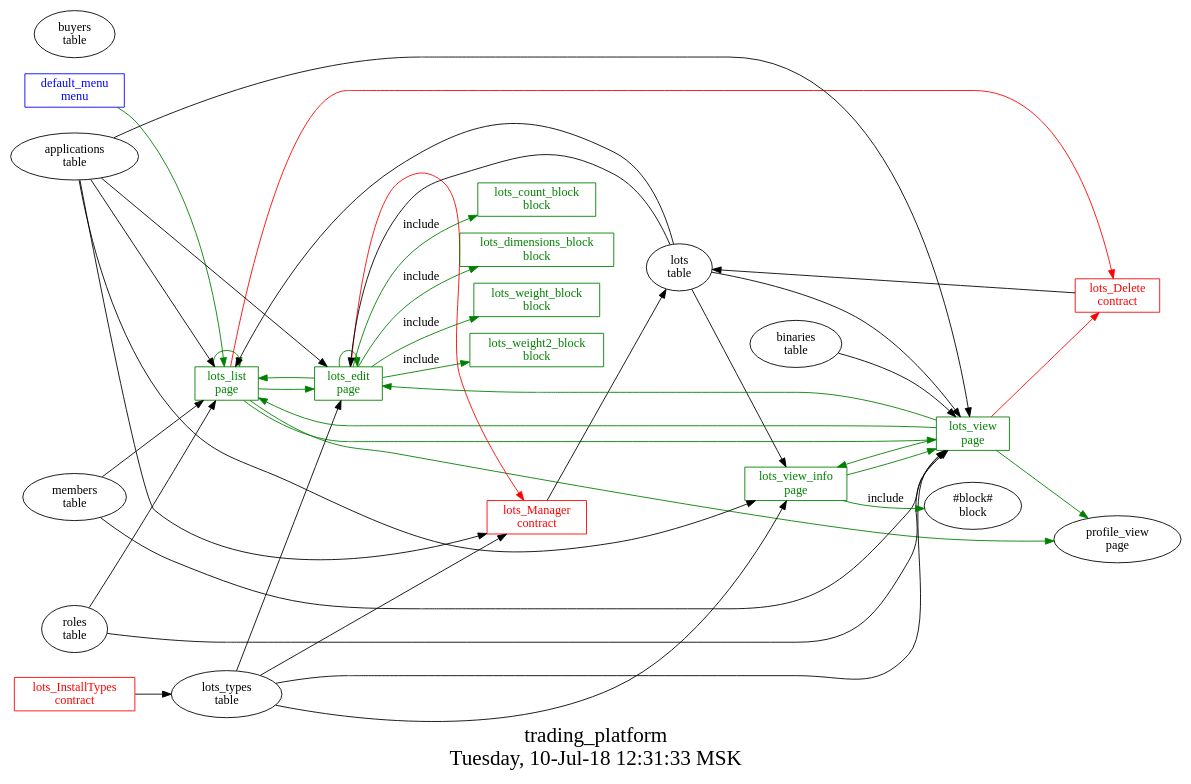
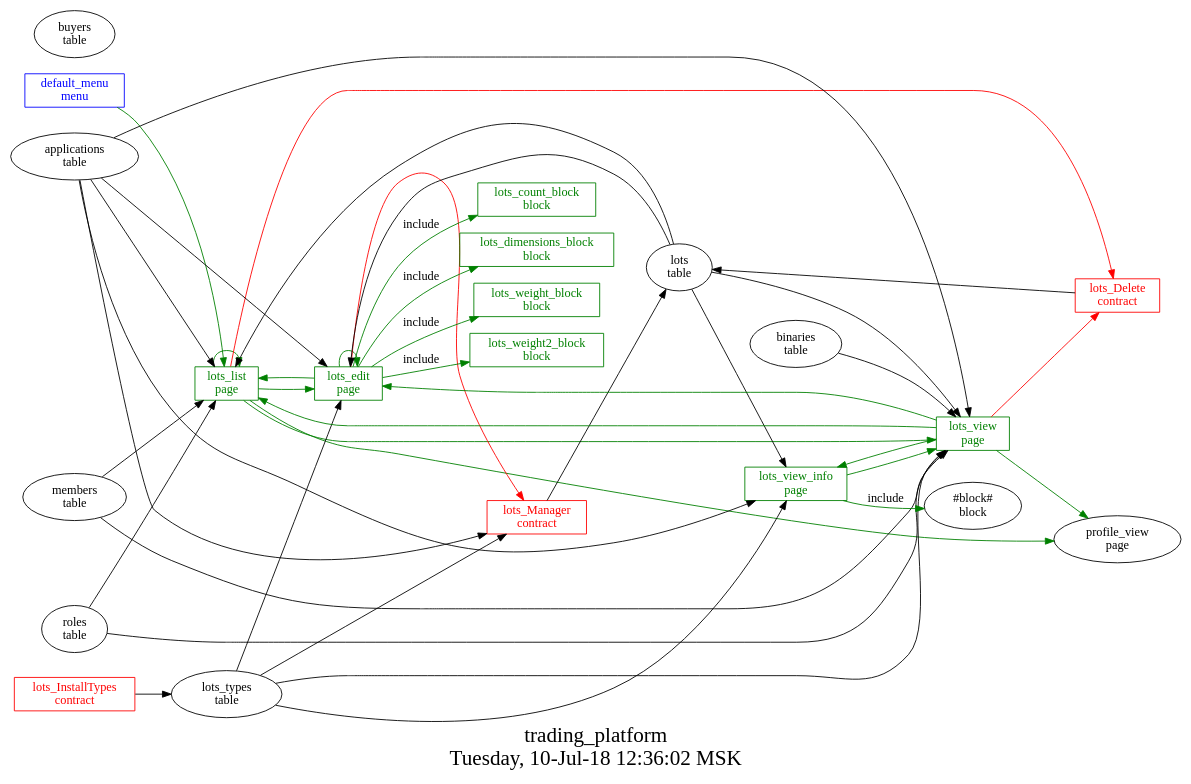
The diagram in src/trading_platform/struct.dot (AplaProject/apps), drawn with Graphviz before and after one commit. The commit also changed 3 other files, not shown here.

```diff
--- a/src/trading_platform/struct.dot
+++ b/src/trading_platform/struct.dot
@@ -1,66 +1,66 @@
 digraph G {
 graph [
   fontsize="24";
-  label="trading_platform\nTuesday, 10-Jul-18 12:31:33 MSK";
+  label="trading_platform\nTuesday, 10-Jul-18 12:36:02 MSK";
   nojustify=true;
   ordering=out;
   rankdir=LR;
   size="30";
 ];
 "default_menu\nmenu" -> "lots_list\npage"  [ color=green ]
 "default_menu\nmenu" [color=blue, fontcolor=blue, group=menus, shape=record];
 "lots_edit\npage" -> "lots_Manager\ncontract"  [ color=red ]
 "applications\ntable" -> "lots_edit\npage"
 "lots\ntable" -> "lots_edit\npage"
 "lots_types\ntable" -> "lots_edit\npage"
 "lots_edit\npage" -> "lots_list\npage"  [ color=green ]
 "lots_edit\npage" -> "lots_edit\npage"  [ color=green ]
 "lots_edit\npage" -> "lots_count_block\nblock"  [ color=green, label=include ]
 "lots_edit\npage" -> "lots_dimensions_block\nblock"  [ color=green, label=include ]
 "lots_edit\npage" -> "lots_weight_block\nblock"  [ color=green, label=include ]
 "lots_edit\npage" -> "lots_weight2_block\nblock"  [ color=green, label=include ]
 "lots_edit\npage" [color=green, fontcolor=green, group=pages, shape=record];
 "lots_list\npage" -> "lots_Delete\ncontract"  [ color=red ]
 "applications\ntable" -> "lots_list\npage"
 "roles\ntable" -> "lots_list\npage"
 "lots\ntable" -> "lots_list\npage"
 "members\ntable" -> "lots_list\npage"
 "lots_list\npage" -> "lots_edit\npage"  [ color=green ]
 "lots_list\npage" -> "lots_list\npage"  [ color=green ]
 "lots_list\npage" -> "lots_view\npage"  [ color=green ]
 "lots_list\npage" -> "profile_view\npage"  [ color=green ]
 "lots_list\npage" [color=green, fontcolor=green, group=pages, shape=record];
 "lots_view\npage" -> "lots_Delete\ncontract"  [ color=red ]
 "applications\ntable" -> "lots_view\npage"
 "lots\ntable" -> "lots_view\npage"
 "lots_types\ntable" -> "lots_view\npage"
 "roles\ntable" -> "lots_view\npage"
 "members\ntable" -> "lots_view\npage"
 "binaries\ntable" -> "lots_view\npage"
 "lots_view\npage" -> "profile_view\npage"  [ color=green ]
 "lots_view\npage" -> "lots_view_info\npage"  [ color=green ]
 "lots_view\npage" -> "lots_list\npage"  [ color=green ]
 "lots_view\npage" -> "lots_edit\npage"  [ color=green ]
 "lots_view\npage" [color=green, fontcolor=green, group=pages, shape=record];
 "applications\ntable" -> "lots_view_info\npage"
 "lots\ntable" -> "lots_view_info\npage"
 "lots_types\ntable" -> "lots_view_info\npage"
 "lots_view_info\npage" -> "lots_view\npage"  [ color=green ]
 "lots_view_info\npage" -> "#block#\nblock"  [ color=green, label=include ]
 "lots_view_info\npage" [color=green, fontcolor=green, group=pages, shape=record];
 "lots_count_block\nblock" [color=green, fontcolor=green, group=blocks, shape=record];
 "lots_dimensions_block\nblock" [color=green, fontcolor=green, group=blocks, shape=record];
 "lots_weight2_block\nblock" [color=green, fontcolor=green, group=blocks, shape=record];
 "lots_weight_block\nblock" [color=green, fontcolor=green, group=blocks, shape=record];
 "lots_Delete\ncontract" -> "lots\ntable"  [ color="" ]
 "lots_Delete\ncontract" [color=red, fontcolor=red, group=contracts, shape=record];
 "lots_InstallTypes\ncontract" -> "lots_types\ntable"  [ color="" ]
 "lots_InstallTypes\ncontract" [color=red, fontcolor=red, group=contracts, shape=record];
 "lots_Manager\ncontract" -> "lots\ntable"  [ color="" ]
 "lots_types\ntable" -> "lots_Manager\ncontract"
 "applications\ntable" -> "lots_Manager\ncontract"
 "lots_Manager\ncontract" [color=red, fontcolor=red, group=contracts, shape=record];
 "buyers\ntable" [color="", fontcolor="", group=tables, shape=""];
 "lots\ntable" [color="", fontcolor="", group=tables, shape=""];
 "lots_types\ntable" [color="", fontcolor="", group=tables, shape=""];
 }
```
